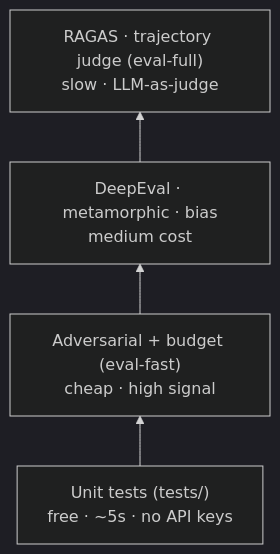
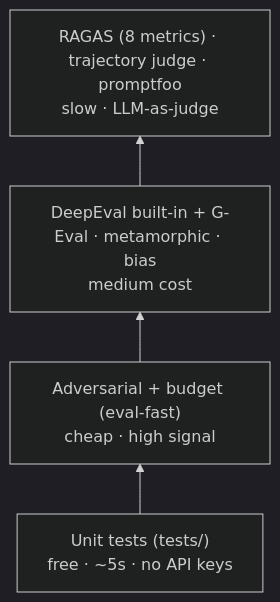
Before and after one commit to hemantjanrao/ai-compliance-qa-lab: the second of 4 diagrams in README.md, drawn with Mermaid (dark theme). The commit also changed other lines of this file and 10 other files, not shown here.

````diff
--- a/README.md
+++ b/README.md
@@ -54,9 +58,9 @@
 ```mermaid
 flowchart BT
   Unit["Unit tests (tests/)\nfree · ~5s · no API keys"]
   Fast["Adversarial + budget (eval-fast)\ncheap · high signal"]
-  Mid["DeepEval · metamorphic · bias\nmedium cost"]
-  Slow["RAGAS · trajectory judge (eval-full)\nslow · LLM-as-judge"]
+  Mid["DeepEval built-in + G-Eval · metamorphic · bias\nmedium cost"]
+  Slow["RAGAS (8 metrics) · trajectory judge · promptfoo\nslow · LLM-as-judge"]
 
   Unit --> Fast --> Mid --> Slow
 ```
````
